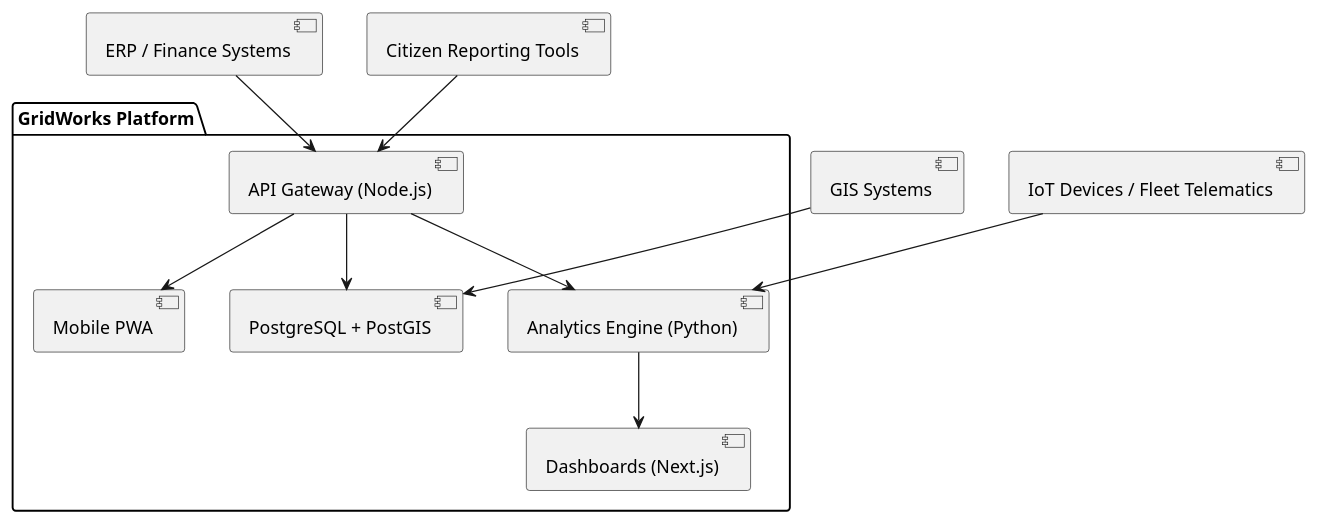
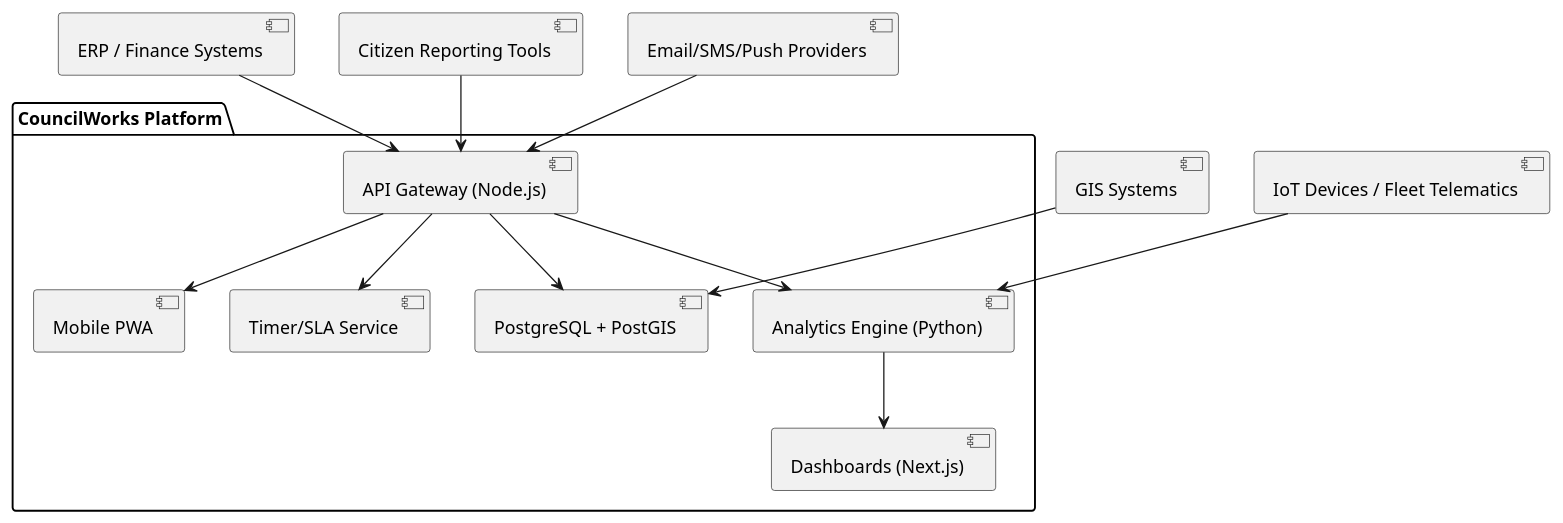
The diagram in docs/architecture/SAD.md (Duds/CouncilWorks), drawn with PlantUML before and after one commit. The commit also changed other lines of this file and 8 other files, not shown here.

Commit message:
docs(sla-slm): add SLA & Service Lifecycle Management across concept, blueprint, SAD; introduce Vendor role and portal; update docs index and developer brief; extend ERD with Vendor/Contract/SLA; RBAC vendor scoping and SLA auditing

````diff
--- a/docs/architecture/SAD.md
+++ b/docs/architecture/SAD.md
@@ -87,15 +91,17 @@
 ```puml
 @startuml
-package "GridWorks Platform" {
+package "CouncilWorks Platform" {
   [API Gateway (Node.js)] --> [PostgreSQL + PostGIS]
   [API Gateway (Node.js)] --> [Analytics Engine (Python)]
   [Analytics Engine (Python)] --> [Dashboards (Next.js)]
   [API Gateway (Node.js)] --> [Mobile PWA]
+  [API Gateway (Node.js)] --> [Timer/SLA Service]
 }
 
 [ERP / Finance Systems] --> [API Gateway (Node.js)]
 [Citizen Reporting Tools] --> [API Gateway (Node.js)]
 [GIS Systems] --> [PostgreSQL + PostGIS]
 [IoT Devices / Fleet Telematics] --> [Analytics Engine (Python)]
+[Email/SMS/Push Providers] --> [API Gateway (Node.js)]
 @enduml
 ```
````
